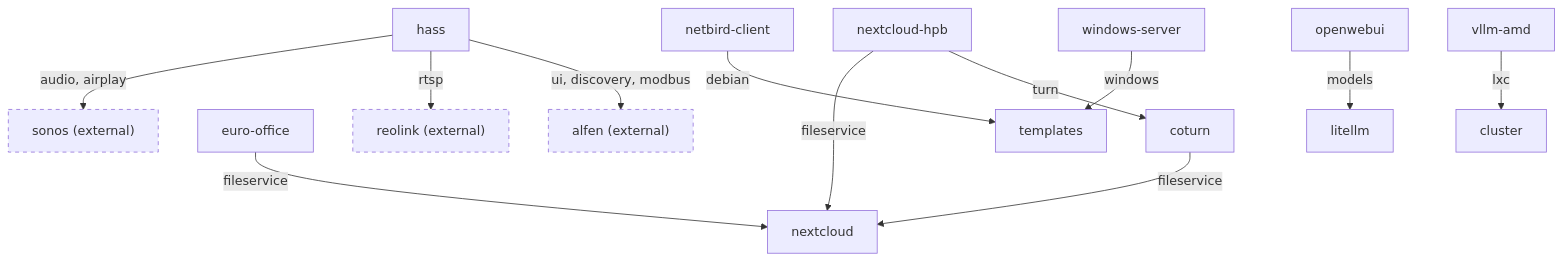
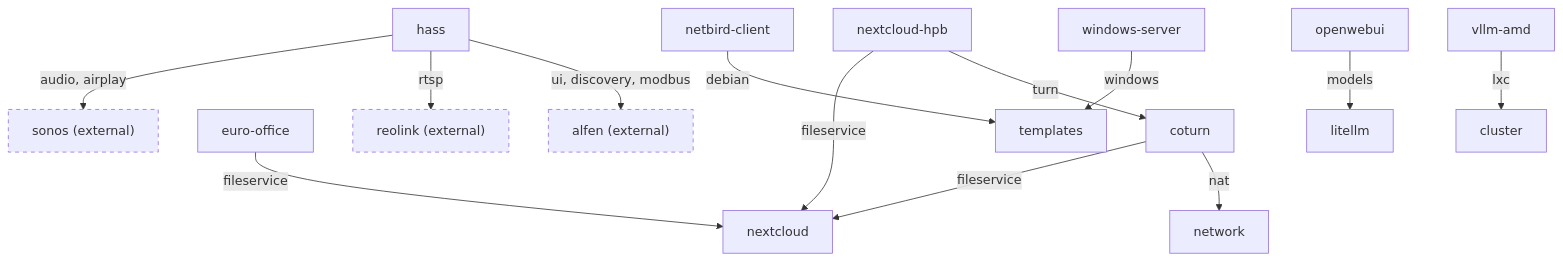
Before and after one commit to TAPPaaS/TAPPaaS: the diagram in src/module-dependencies.md, drawn with Mermaid. The commit also changed other lines of this file and 275 other files, not shown here.

````diff
--- a/src/module-dependencies.md
+++ b/src/module-dependencies.md
@@ -31,18 +31,19 @@
 ```mermaid
 graph TD
     coturn -->|"fileservice"| nextcloud
+    coturn -->|"nat"| network
     euro-office -->|"fileservice"| nextcloud
     hass -->|"audio, airplay"| sonos
     hass -->|"rtsp"| reolink
     hass -->|"ui, discovery, modbus"| alfen
     netbird-client -->|"debian"| templates
     nextcloud-hpb -->|"fileservice"| nextcloud
     nextcloud-hpb -->|"turn"| coturn
     openwebui -->|"models"| litellm
     vllm-amd -->|"lxc"| cluster
     windows-server -->|"windows"| templates
     alfen["alfen (external)"]:::ext
     classDef ext stroke-dasharray: 5 5
     reolink["reolink (external)"]:::ext
     sonos["sonos (external)"]:::ext
 ```
````
